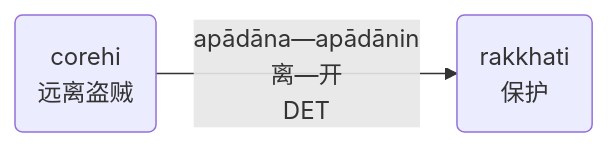
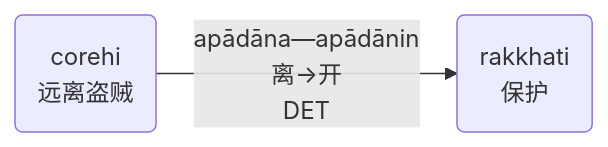
One commit to iapt-platform/pali-handbook changed the second of 5 diagrams in src/basic-relation/abl/abl-det.md. Above: the diagram before and after it, drawn with Mermaid. The commit also changed other lines of this file and 28 other files, not shown here.

```diff
--- a/src/basic-relation/abl/abl-det.md
+++ b/src/basic-relation/abl/abl-det.md
@@ -21,4 +21,4 @@
 <div class="mermaid">
 graph LR;
-A(corehi<br>远离盗贼)--"apādāna—apādānin<br>离—开<br>DET"-->B(rakkhati<br>保护);
+A(corehi<br>远离盗贼)--"apādāna—apādānin<br>离→开<br>DET"-->B(rakkhati<br>保护);
 </div>
```
